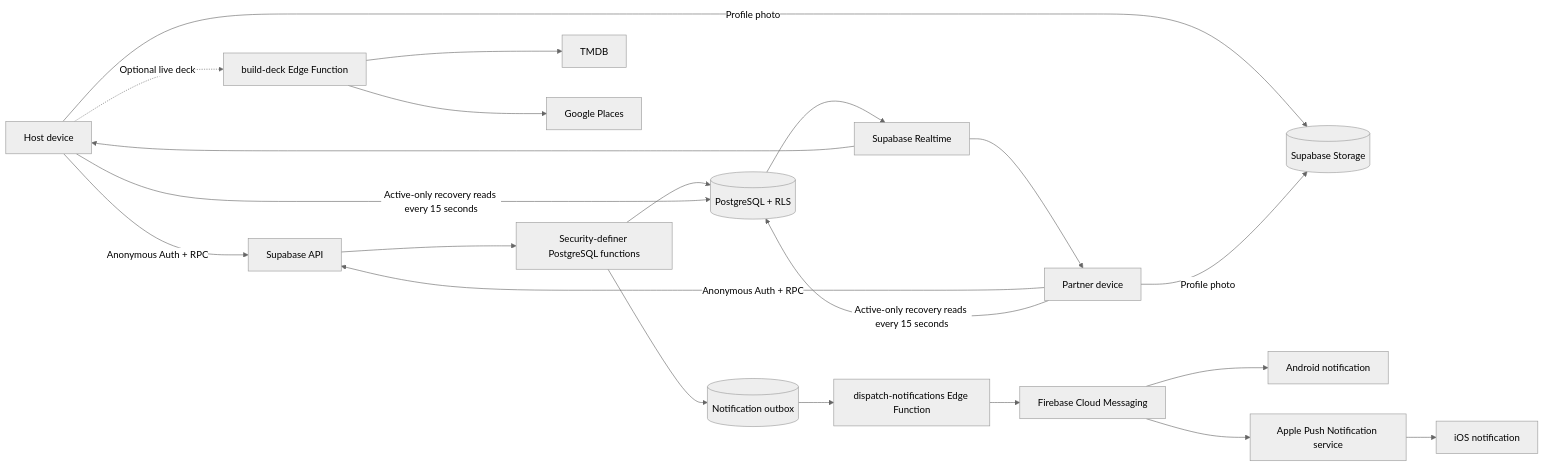
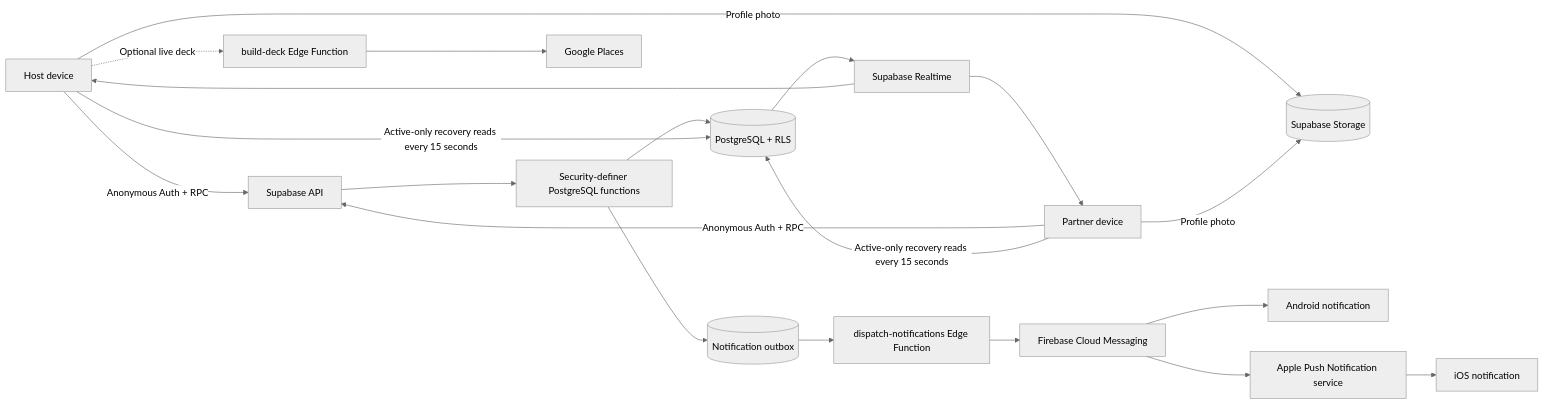
Before and after one commit to pa-mi-su/choosr-platform: the first of 2 diagrams in README.md, drawn with Mermaid (neutral theme). The commit also changed other lines of this file and 22 other files, not shown here.

````diff
--- a/README.md
+++ b/README.md
@@ -100,23 +99,22 @@
 ```mermaid
 flowchart LR
     Host["Host device"] -->|"Anonymous Auth + RPC"| API["Supabase API"]
     Partner["Partner device"] -->|"Anonymous Auth + RPC"| API
     API --> RPC["Security-definer PostgreSQL functions"]
     RPC --> DB[("PostgreSQL + RLS")]
     DB --> RT["Supabase Realtime"]
     RT --> Host
     RT --> Partner
     Host -->|"Active-only recovery reads every 15 seconds"| DB
     Partner -->|"Active-only recovery reads every 15 seconds"| DB
     Host -.->|"Optional live deck"| Edge["build-deck Edge Function"]
-    Edge --> TMDB["TMDB"]
     Edge --> Places["Google Places"]
     Host -->|"Profile photo"| Storage[("Supabase Storage")]
     Partner -->|"Profile photo"| Storage
     RPC --> Outbox[("Notification outbox")]
     Outbox --> PushWorker["dispatch-notifications Edge Function"]
     PushWorker --> FCM["Firebase Cloud Messaging"]
     FCM --> Android["Android notification"]
     FCM --> APNs["Apple Push Notification service"]
     APNs --> iOS["iOS notification"]
 ```
````
